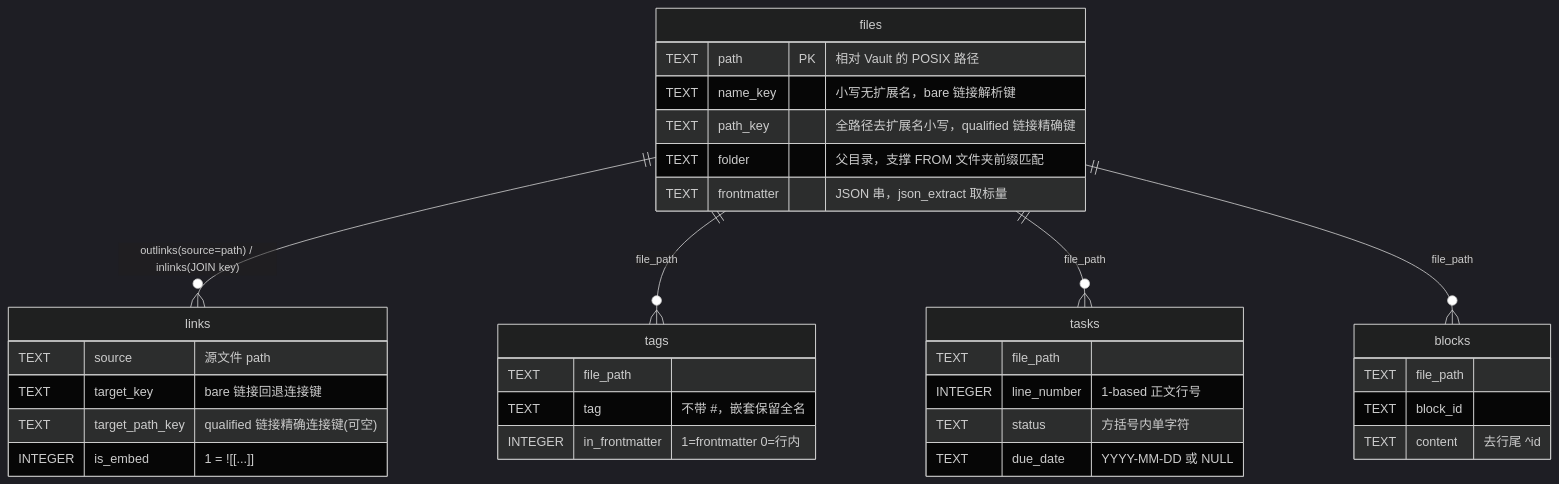
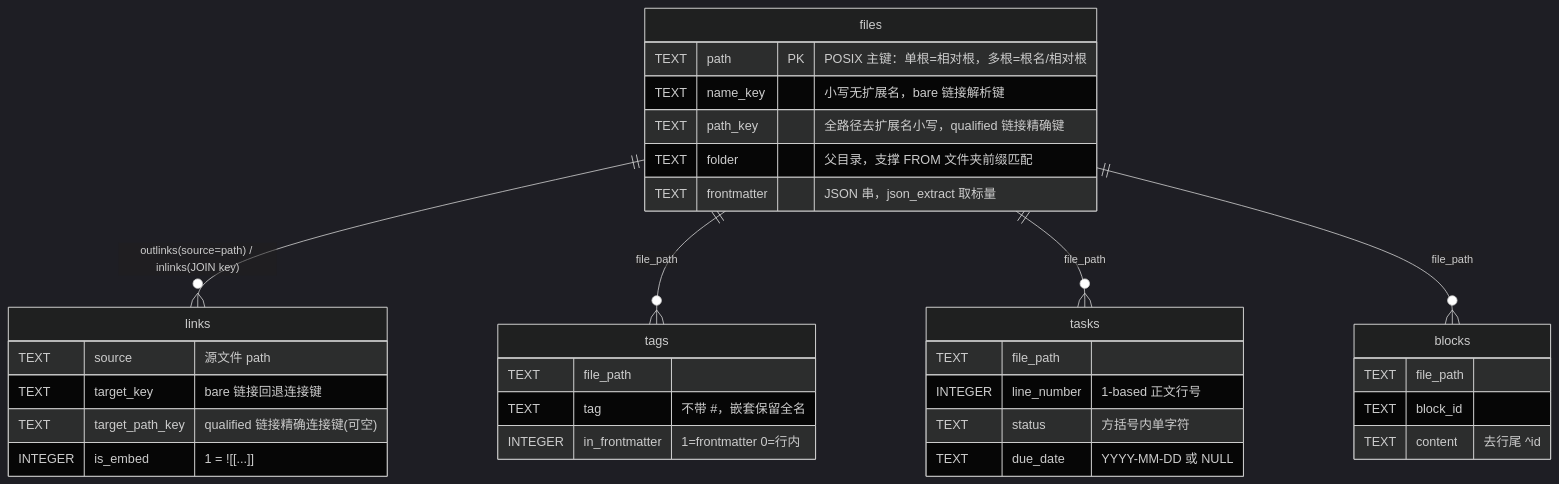
Before and after one commit to xnightsky/x-basalt: the fifth of 5 diagrams in docs/architecture/2026-06-28-overview.md, drawn with Mermaid (dark theme). The commit also changed other lines of this file and 18 other files, not shown here.

````diff
--- a/docs/architecture/2026-06-28-overview.md
+++ b/docs/architecture/2026-06-28-overview.md
@@ -147,36 +147,36 @@
 ```mermaid
 erDiagram
     files {
-        TEXT path PK "相对 Vault 的 POSIX 路径"
+        TEXT path PK "POSIX 主键：单根=相对根，多根=根名/相对根"
         TEXT name_key "小写无扩展名，bare 链接解析键"
         TEXT path_key "全路径去扩展名小写，qualified 链接精确键"
         TEXT folder "父目录，支撑 FROM 文件夹前缀匹配"
         TEXT frontmatter "JSON 串，json_extract 取标量"
     }
     links {
         TEXT source "源文件 path"
         TEXT target_key "bare 链接回退连接键"
         TEXT target_path_key "qualified 链接精确连接键(可空)"
         INTEGER is_embed "1 = ![[...]]"
     }
     tags {
         TEXT file_path
         TEXT tag "不带 #，嵌套保留全名"
         INTEGER in_frontmatter "1=frontmatter 0=行内"
     }
     tasks {
         TEXT file_path
         INTEGER line_number "1-based 正文行号"
         TEXT status "方括号内单字符"
         TEXT due_date "YYYY-MM-DD 或 NULL"
     }
     blocks {
         TEXT file_path
         TEXT block_id
         TEXT content "去行尾 ^id"
     }
     files ||--o{ links : "outlinks(source=path) / inlinks(JOIN key)"
     files ||--o{ tags : file_path
     files ||--o{ tasks : file_path
     files ||--o{ blocks : file_path
 ```
````
